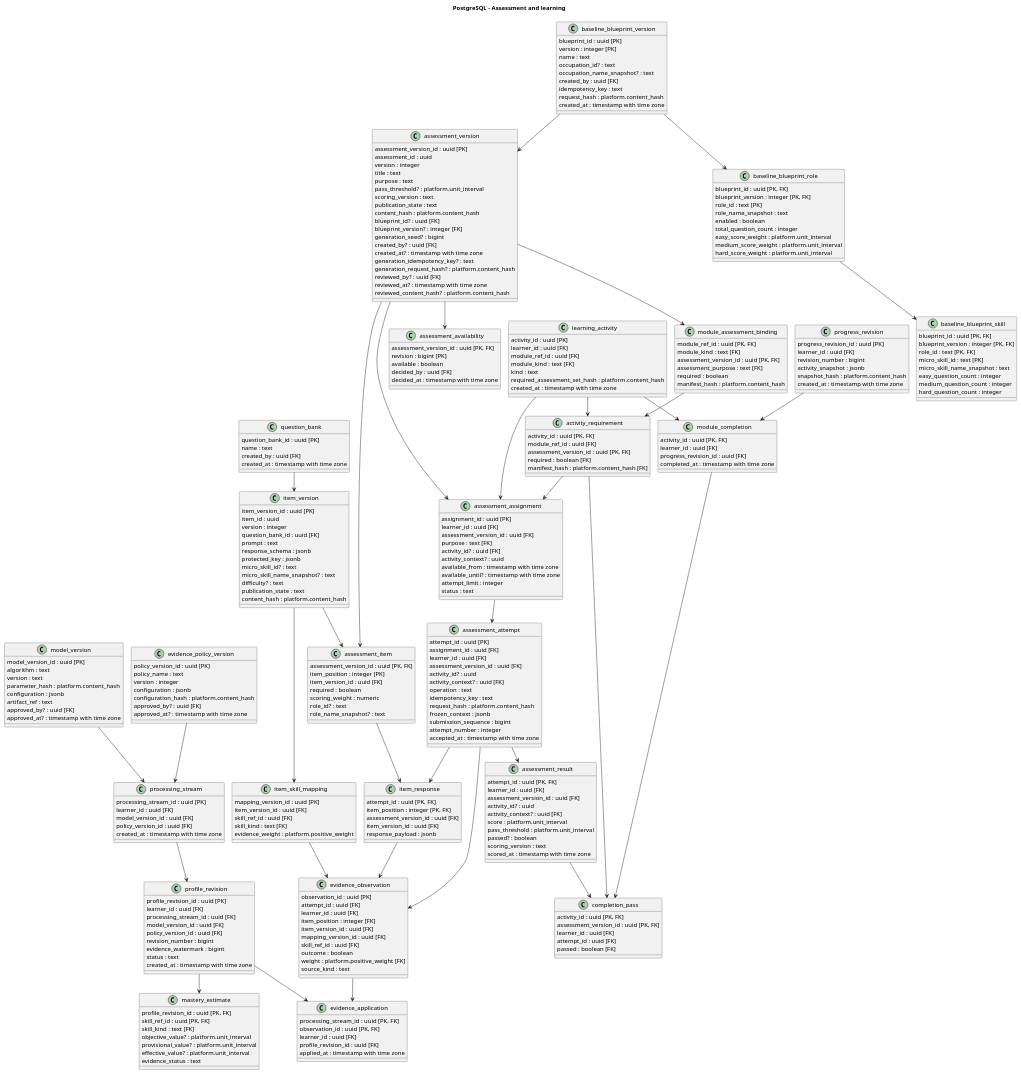
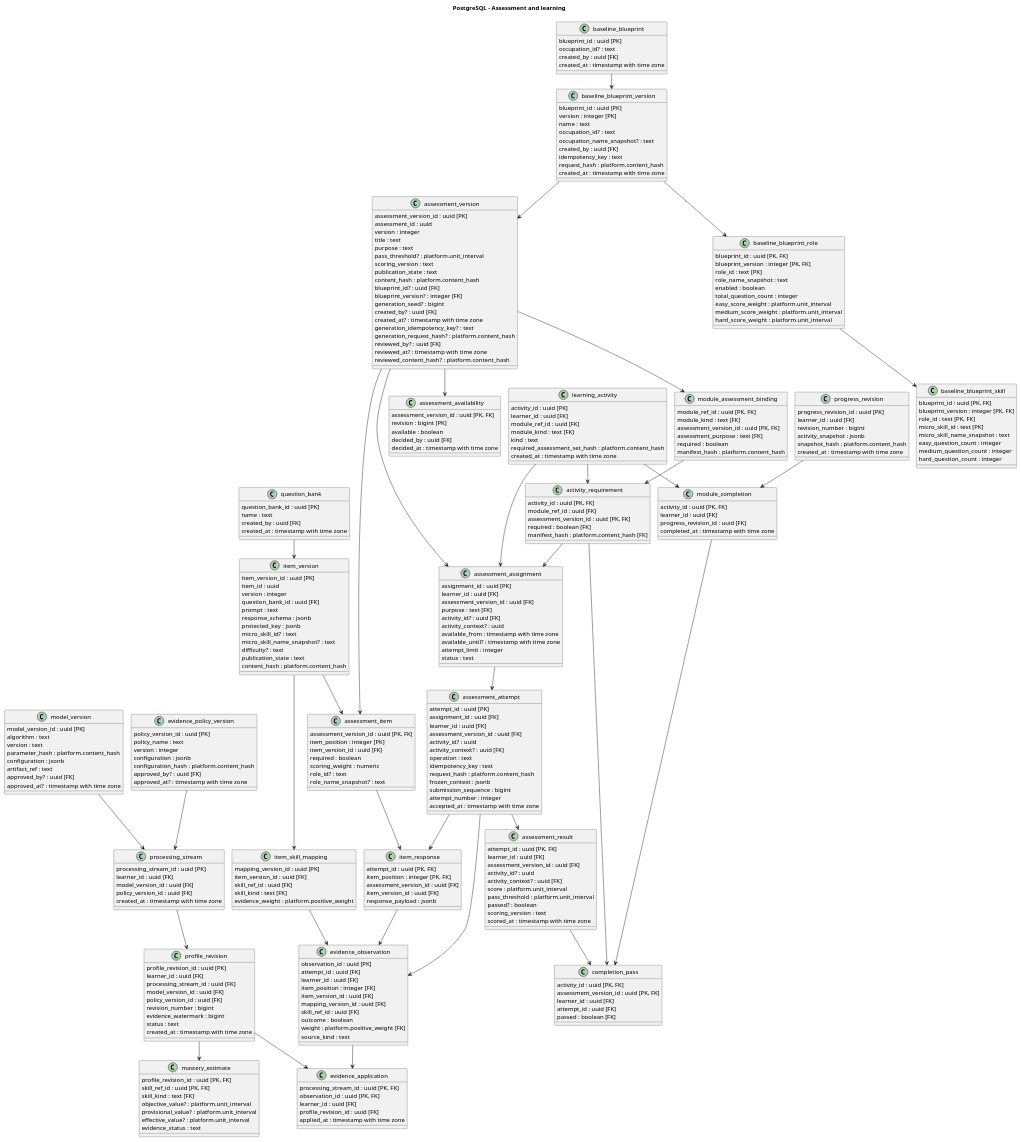
One commit to SEP490-Fall-2026-GFA26SE64/SEP490 changed the diagram in documents/diagrams/postgresql-assessment.puml. Above: the diagram before and after it, drawn with PlantUML. The commit also changed 19 other files, not shown here.

```diff
--- a/documents/diagrams/postgresql-assessment.puml
+++ b/documents/diagrams/postgresql-assessment.puml
@@ -95,6 +95,12 @@
     created_by : uuid [FK]
     idempotency_key : text
     request_hash : platform.content_hash
+    created_at : timestamp with time zone
+}
+class baseline_blueprint {
+    blueprint_id : uuid [PK]
+    occupation_id? : text
+    created_by : uuid [FK]
     created_at : timestamp with time zone
 }
 class baseline_blueprint_role {
@@ -257,6 +263,7 @@
 }
 activity_requirement --> assessment_assignment
 activity_requirement --> completion_pass
+baseline_blueprint --> baseline_blueprint_version
 baseline_blueprint_version --> baseline_blueprint_role
 baseline_blueprint_version --> assessment_version
 baseline_blueprint_role --> baseline_blueprint_skill
```
